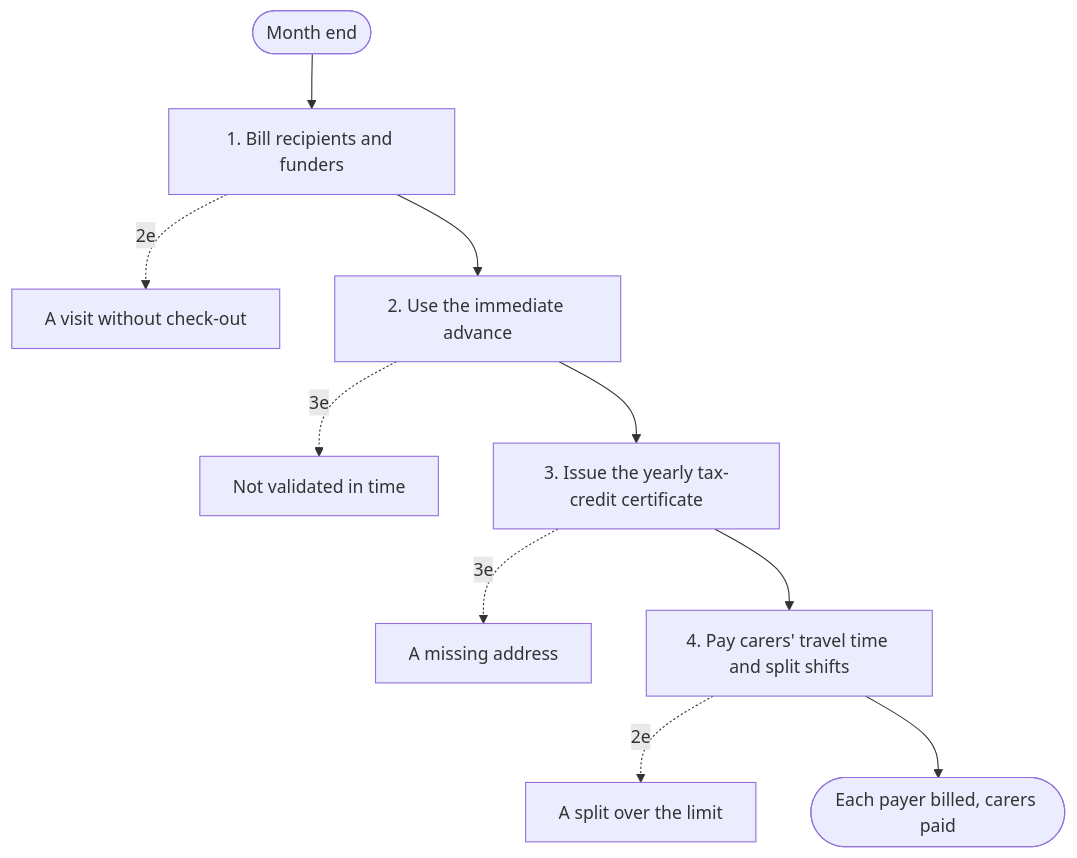
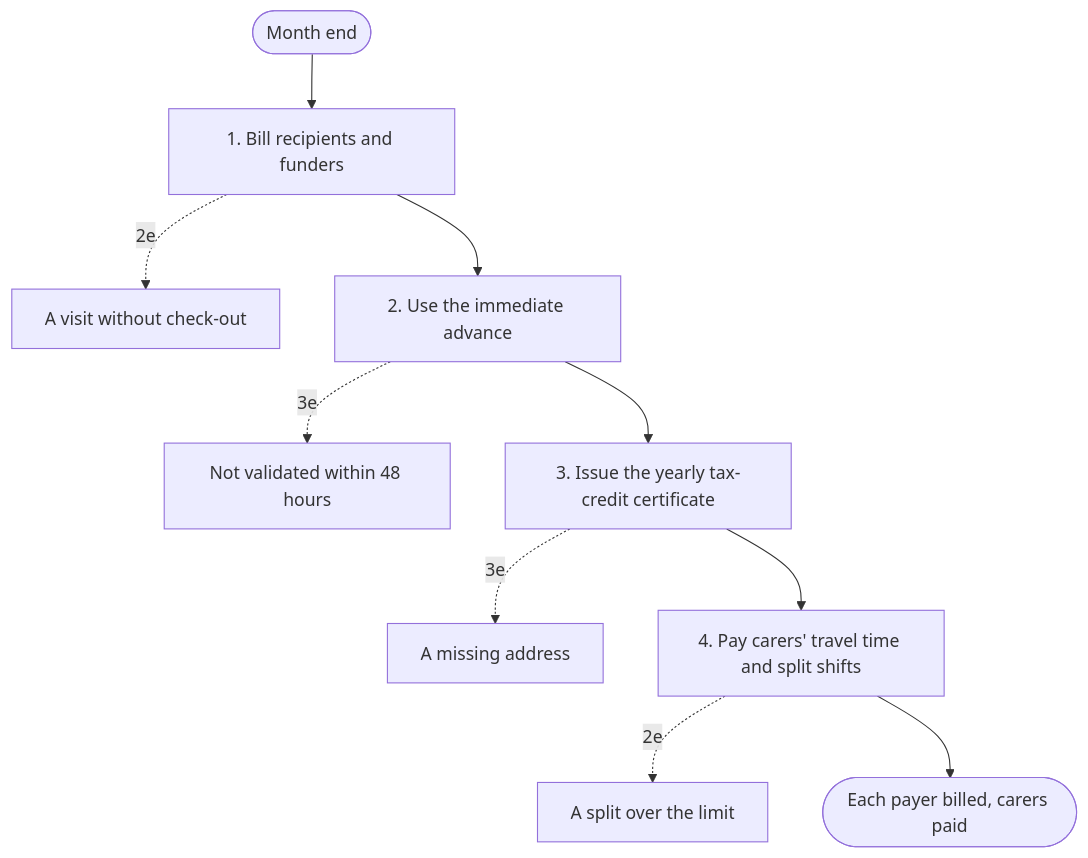
The diagram in docs/specs/08-sectors/sc04-home-care/flows/fl-sc04-04-bill-and-fund.md (gpbcom/SimpleERP), drawn with Mermaid before and after one commit. The commit also changed other lines of this file and 8816 other files, not shown here.

````diff
--- a/docs/specs/08-sectors/sc04-home-care/flows/fl-sc04-04-bill-and-fund.md
+++ b/docs/specs/08-sectors/sc04-home-care/flows/fl-sc04-04-bill-and-fund.md
@@ -24,13 +24,13 @@
 ```mermaid
 flowchart TD
   S(["Month end"])
   S --> N1["1. Bill recipients and funders"]
   N1 -. 2e .-> N1E1["A visit without check-out"]
   N1 --> N2["2. Use the immediate advance"]
-  N2 -. 3e .-> N2E1["Not validated in time"]
+  N2 -. 3e .-> N2E1["Not validated within 48 hours"]
   N2 --> N3["3. Issue the yearly tax-credit certificate"]
   N3 -. 3e .-> N3E1["A missing address"]
   N3 --> N4["4. Pay carers' travel time and split shifts"]
   N4 -. 2e .-> N4E1["A split over the limit"]
   N4 --> D(["Each payer billed, carers paid"])
 ```
````
